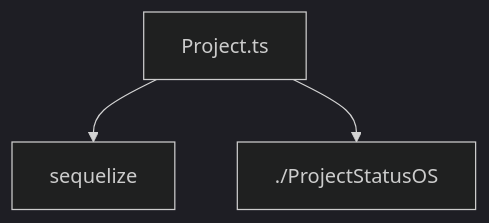
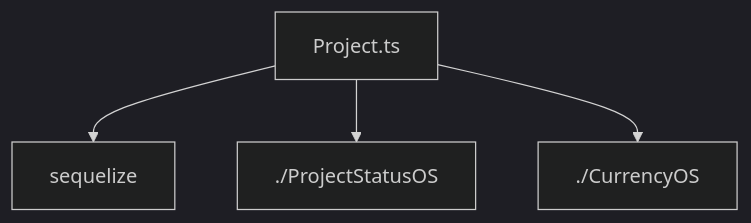
The diagram in docs/components/lib/models/Project.md (alcompstudio/studio-current), drawn with Mermaid (dark theme) before and after one commit. The commit also changed 171 other files, not shown here.

````diff
--- a/docs/components/lib/models/Project.md
+++ b/docs/components/lib/models/Project.md
@@ -7,8 +7,10 @@
 ```mermaid
 flowchart TD
     Project_ts[Project.ts]
     sequelize[sequelize]
     Project_ts --> sequelize
     ProjectStatusOS[./ProjectStatusOS]
     Project_ts --> ProjectStatusOS
+    CurrencyOS[./CurrencyOS]
+    Project_ts --> CurrencyOS
 ```
````
